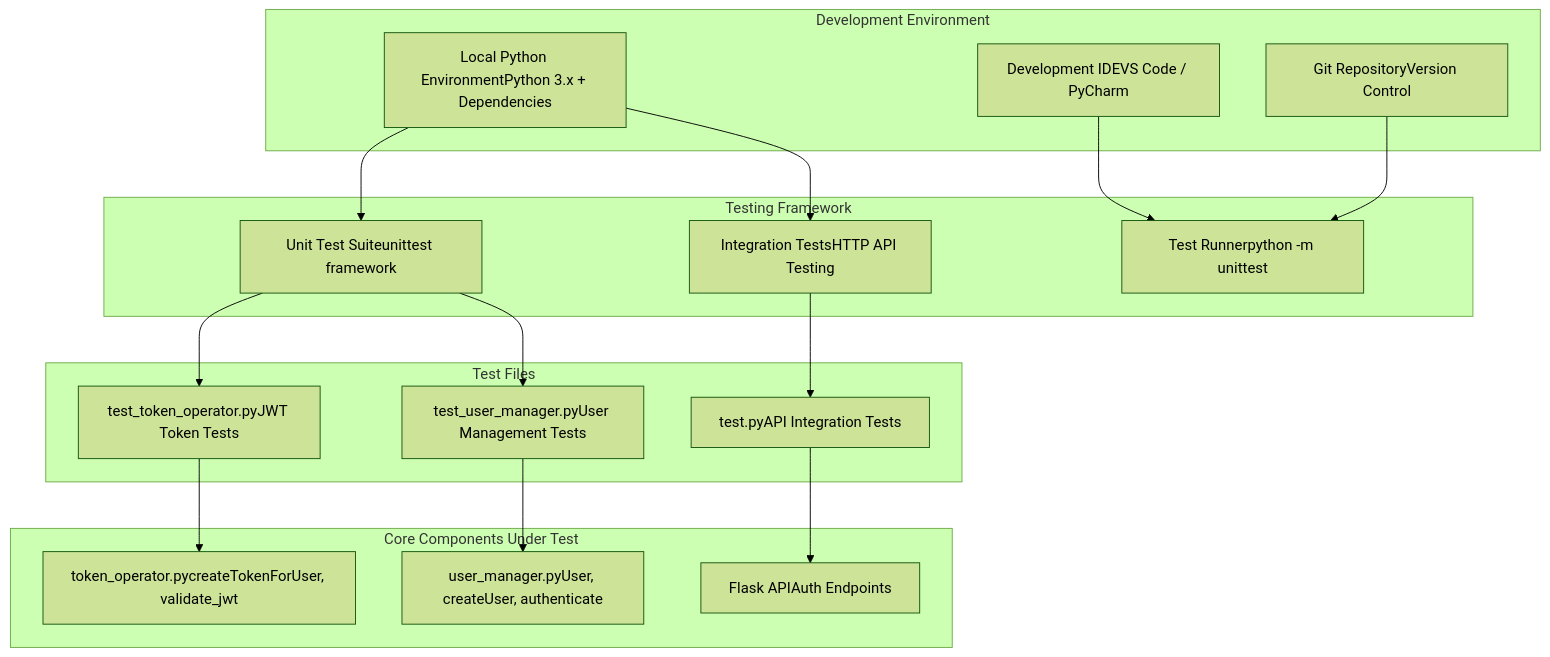
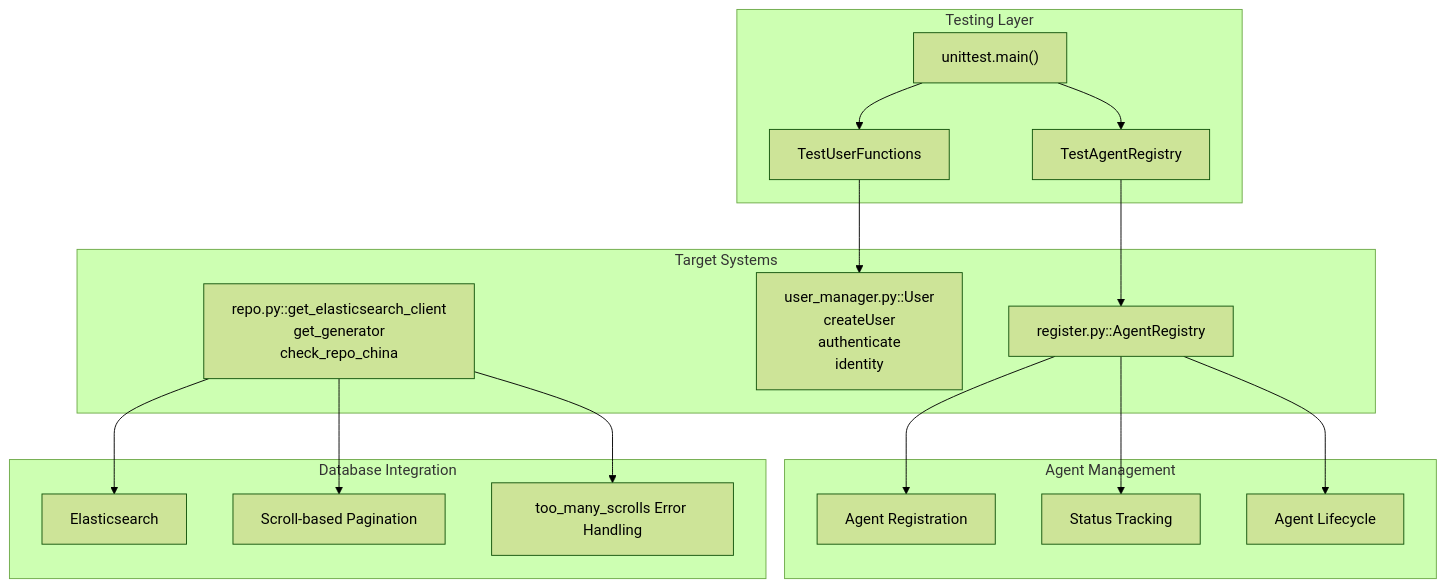
One commit to chenyx2012/openchecker changed the first of 2 diagrams in docs/wiki/Development-and-Testing.md. Above: the diagram before and after it, drawn with Mermaid (forest theme). The commit also changed other lines of this file and 45 other files, not shown here.

````diff
--- a/docs/wiki/Development-and-Testing.md
+++ b/docs/wiki/Development-and-Testing.md
@@ -16,50 +27,51 @@
 ```mermaid
 flowchart TD
 
-LocalPython["Local Python EnvironmentPython 3.x + Dependencies"]
-IDE["Development IDEVS Code / PyCharm"]
-Git["Git RepositoryVersion Control"]
-UnitTests["Unit Test Suiteunittest framework"]
-IntegrationTests["Integration TestsHTTP API Testing"]
-TestRunner["Test Runnerpython -m unittest"]
-TokenTests["test_token_operator.pyJWT Token Tests"]
-UserTests["test_user_manager.pyUser Management Tests"]
-APITests["test.pyAPI Integration Tests"]
-TokenOperator["token_operator.pycreateTokenForUser, validate_jwt"]
-UserManager["user_manager.pyUser, createUser, authenticate"]
-FlaskAPI["Flask APIAuth Endpoints"]
+unittest_main["unittest.main()"]
+TestAgentRegistry["TestAgentRegistry"]
+TestUserFunctions["TestUserFunctions"]
+AgentRegistry_class["register.py::AgentRegistry"]
+user_manager_funcs["user_manager.py::User<br>createUser<br>authenticate<br>identity"]
+elasticsearch_client["repo.py::get_elasticsearch_client<br>get_generator<br>check_repo_china"]
+elasticsearch_conn["Elasticsearch"]
+scroll_pagination["Scroll-based Pagination"]
+error_handling["too_many_scrolls Error Handling"]
+agent_registration["Agent Registration"]
+status_tracking["Status Tracking"]
+agent_lifecycle["Agent Lifecycle"]
 
-    LocalPython --> UnitTests
-    LocalPython --> IntegrationTests
-    IDE --> TestRunner
-    Git --> TestRunner
-    UnitTests --> TokenTests
-    UnitTests --> UserTests
-    IntegrationTests --> APITests
-    TokenTests --> TokenOperator
-    UserTests --> UserManager
-    APITests --> FlaskAPI
-subgraph Core_Components_Under_Test ["Core Components Under Test"]
-    TokenOperator
-    UserManager
-    FlaskAPI
+TestAgentRegistry --> AgentRegistry_class
+TestUserFunctions --> user_manager_funcs
+AgentRegistry_class --> agent_registration
+AgentRegistry_class --> status_tracking
+AgentRegistry_class --> agent_lifecycle
+elasticsearch_client --> elasticsearch_conn
+elasticsearch_client --> scroll_pagination
+elasticsearch_client --> error_handling
+
+subgraph agent_management ["Agent Management"]
+    agent_registration
+    status_tracking
+    agent_lifecycle
 end
 
-subgraph Test_Files ["Test Files"]
-    TokenTests
-    UserTests
-    APITests
+subgraph database_layer ["Database Integration"]
+    elasticsearch_conn
+    scroll_pagination
+    error_handling
 end
 
-subgraph Testing_Framework ["Testing Framework"]
-    UnitTests
-    IntegrationTests
-    TestRunner
+subgraph target_systems ["Target Systems"]
+    AgentRegistry_class
+    user_manager_funcs
+    elasticsearch_client
 end
 
-subgraph Development_Environment ["Development Environment"]
-    LocalPython
-    IDE
-    Git
+subgraph testing_layer ["Testing Layer"]
+    unittest_main
+    TestAgentRegistry
+    TestUserFunctions
+    unittest_main --> TestAgentRegistry
+    unittest_main --> TestUserFunctions
 end
 ```
````
